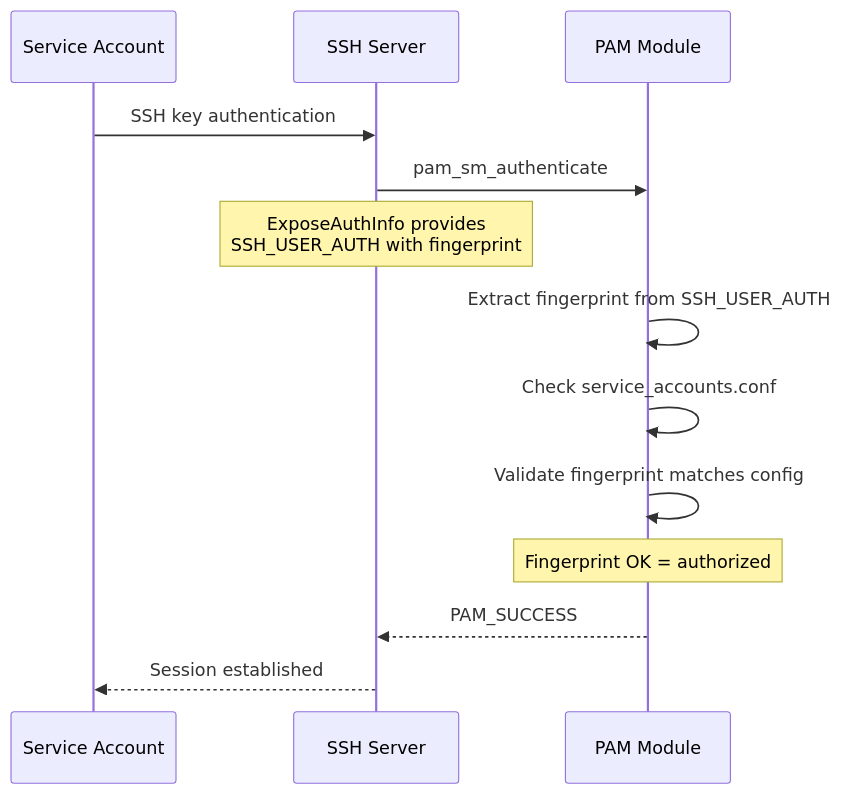
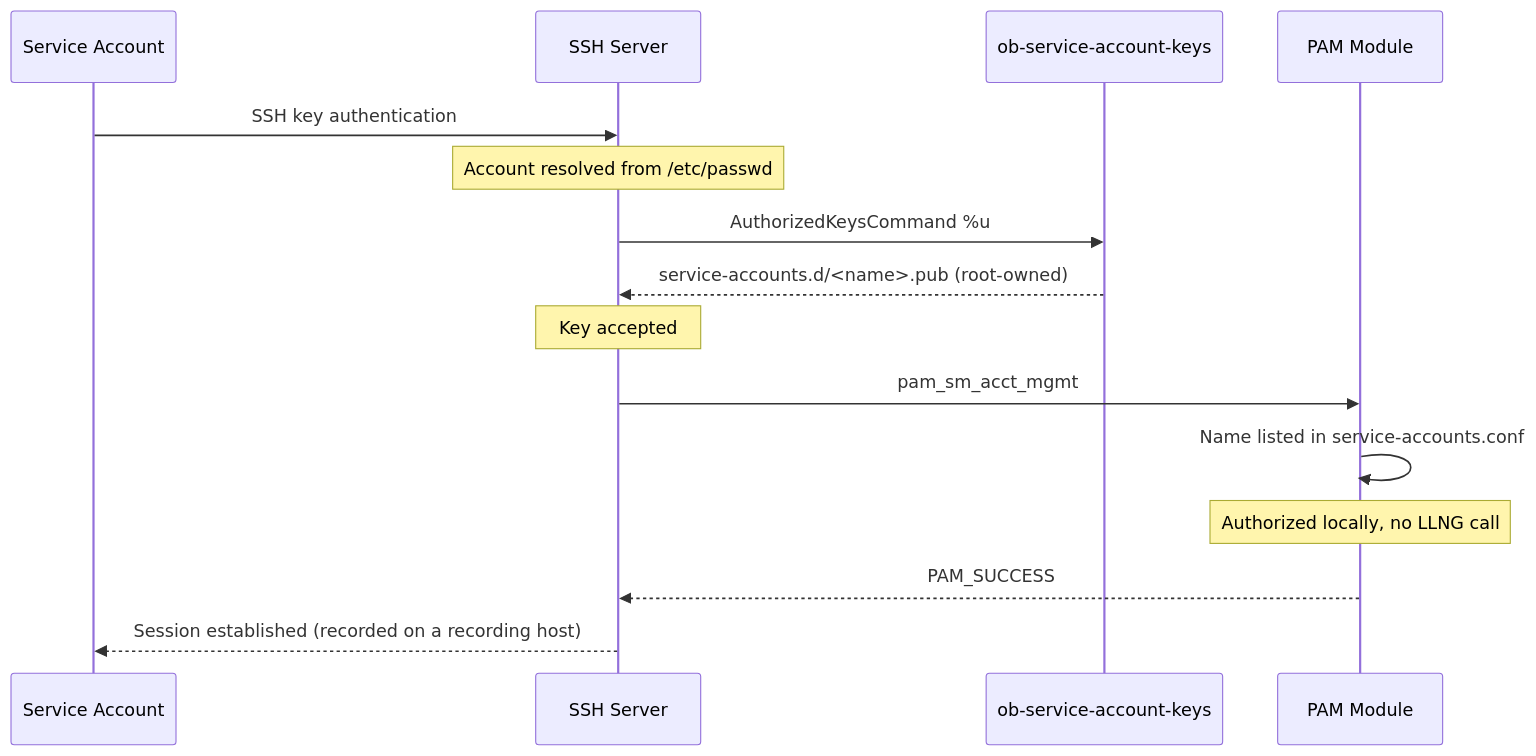
Before and after one commit to linagora/open-bastion: the third of 4 diagrams in doc/references/security-reference.rst, drawn with Mermaid. The commit also changed other lines of this file and 15 other files, not shown here.

```diff
--- a/doc/references/security-reference.rst
+++ b/doc/references/security-reference.rst
@@ -631,16 +620,18 @@
 .. mermaid::
 
    sequenceDiagram
        participant SA as Service Account
        participant SSH as SSH Server
+       participant AKC as ob-service-account-keys
        participant PAM as PAM Module
 
        SA->>SSH: SSH key authentication
-       SSH->>PAM: pam_sm_authenticate
-       Note over SSH: ExposeAuthInfo provides<br/>SSH_USER_AUTH with fingerprint
-       PAM->>PAM: Extract fingerprint from SSH_USER_AUTH
-       PAM->>PAM: Check service_accounts.conf
-       PAM->>PAM: Validate fingerprint matches config
-       Note over PAM: Fingerprint OK = authorized
+       Note over SSH: Account resolved from /etc/passwd
+       SSH->>AKC: AuthorizedKeysCommand %u
+       AKC-->>SSH: service-accounts.d/<name>.pub (root-owned)
+       Note over SSH: Key accepted
+       SSH->>PAM: pam_sm_acct_mgmt
+       PAM->>PAM: Name listed in service-accounts.conf
+       Note over PAM: Authorized locally, no LLNG call
        PAM-->>SSH: PAM_SUCCESS
-       SSH-->>SA: Session established
+       SSH-->>SA: Session established (recorded on a recording host)
```
